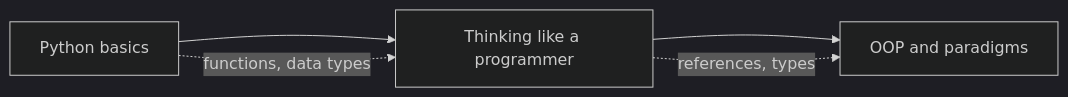
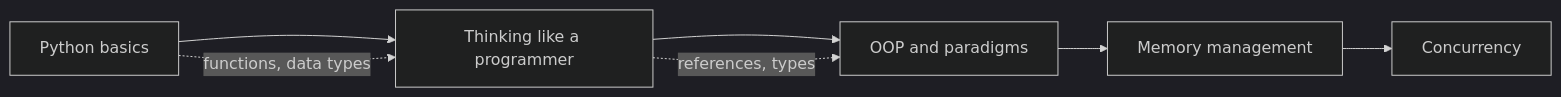
The diagram in docs/03-programming-fundamentals/index.md (faiyaz-svg/CSFromTheGroundUp), drawn with Mermaid (dark theme) before and after one commit. The commit also changed other lines of this file and 12 other files, not shown here.

Commit message:
add memory management chapter

````diff
--- a/docs/03-programming-fundamentals/index.md
+++ b/docs/03-programming-fundamentals/index.md
@@ -13,7 +13,9 @@
 ```mermaid
 flowchart LR
     A["Python basics"] --> B["Thinking like a programmer"]
     B --> C["OOP and paradigms"]
+    C --> D["Memory management"]
+    D --> E["Concurrency"]
     A -. "functions, data types" .-> B
     B -. "references, types" .-> C
 ```
````
